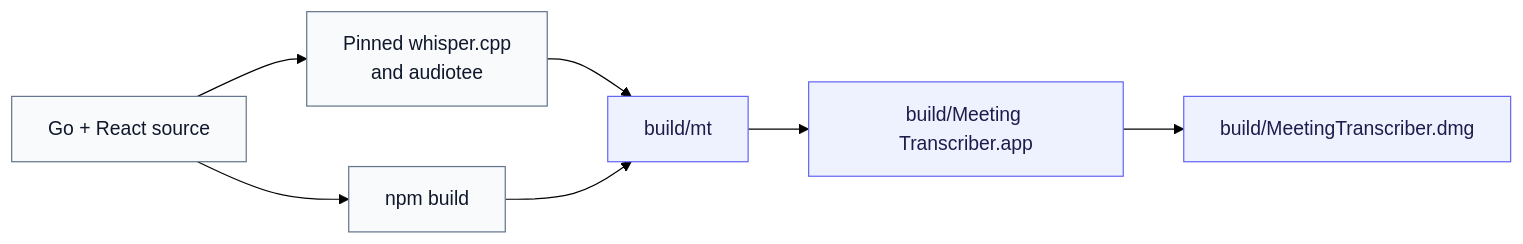
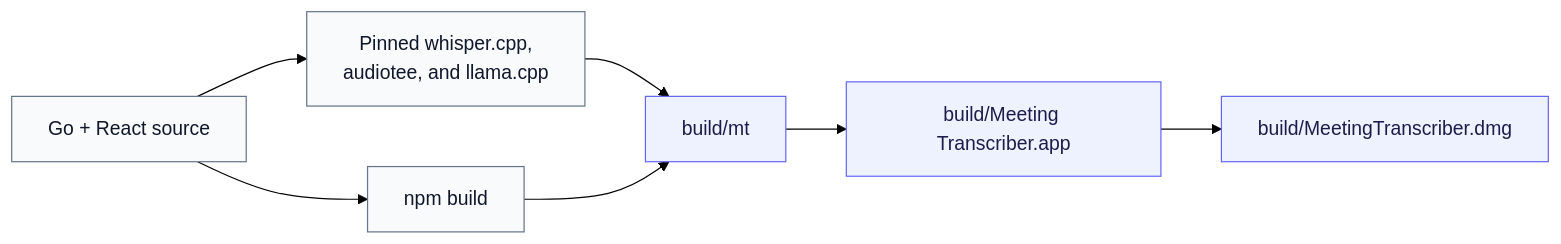
The fifth of 5 diagrams in README.md (dmykolen/meeting-transcriber-go), drawn with Mermaid (forest theme) before and after one commit. The commit also changed other lines of this file and 76 other files, not shown here.

````diff
--- a/README.md
+++ b/README.md
@@ -287,21 +304,21 @@
 ```mermaid
 flowchart LR
     Source["Go + React source"]
-    Native["Pinned whisper.cpp<br/>and audiotee"]
+    Native["Pinned whisper.cpp,<br/>audiotee, and llama.cpp"]
     Frontend["npm build"]
     Binary["build/mt"]
     Bundle["build/Meeting Transcriber.app"]
     DMG["build/MeetingTranscriber.dmg"]
 
     Source --> Native
     Source --> Frontend
     Native --> Binary
     Frontend --> Binary
     Binary --> Bundle
     Bundle --> DMG
 
     classDef source fill:#F8FAFC,stroke:#64748B,color:#0F172A
     classDef artifact fill:#EEF2FF,stroke:#6366F1,color:#1E1B4B
     class Source,Native,Frontend source
     class Binary,Bundle,DMG artifact
 ```
````
